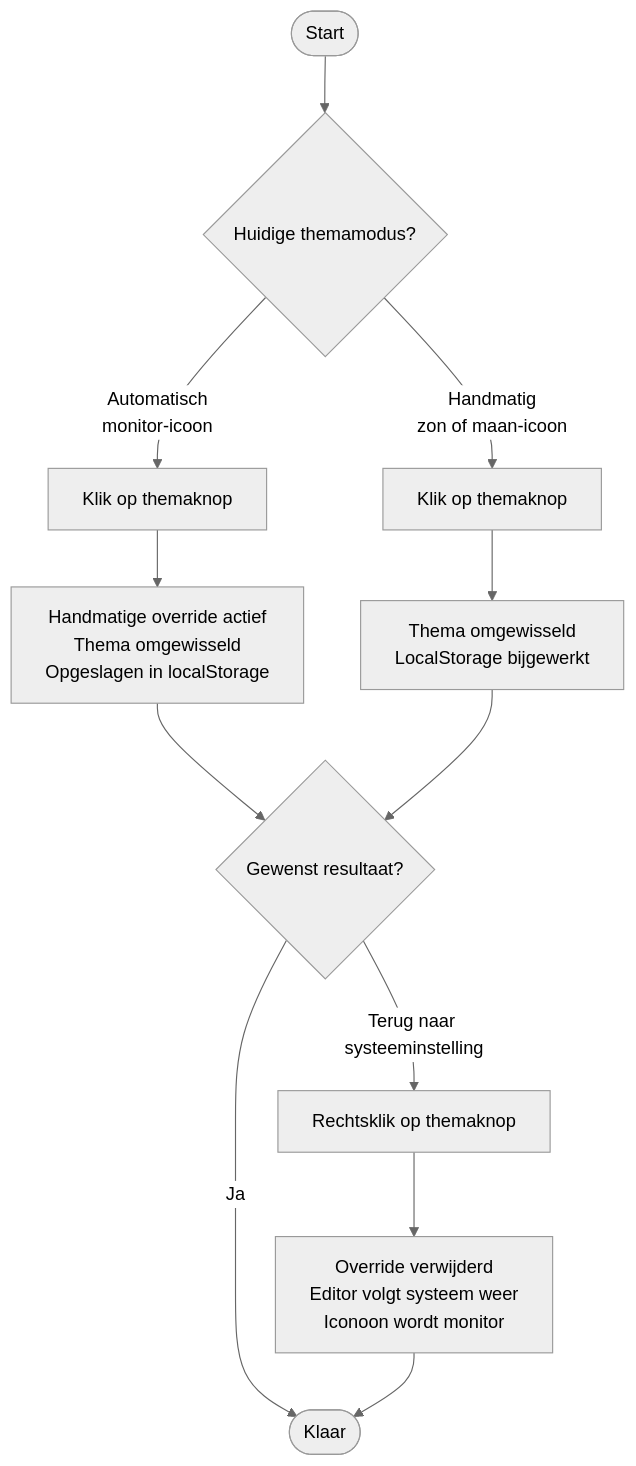
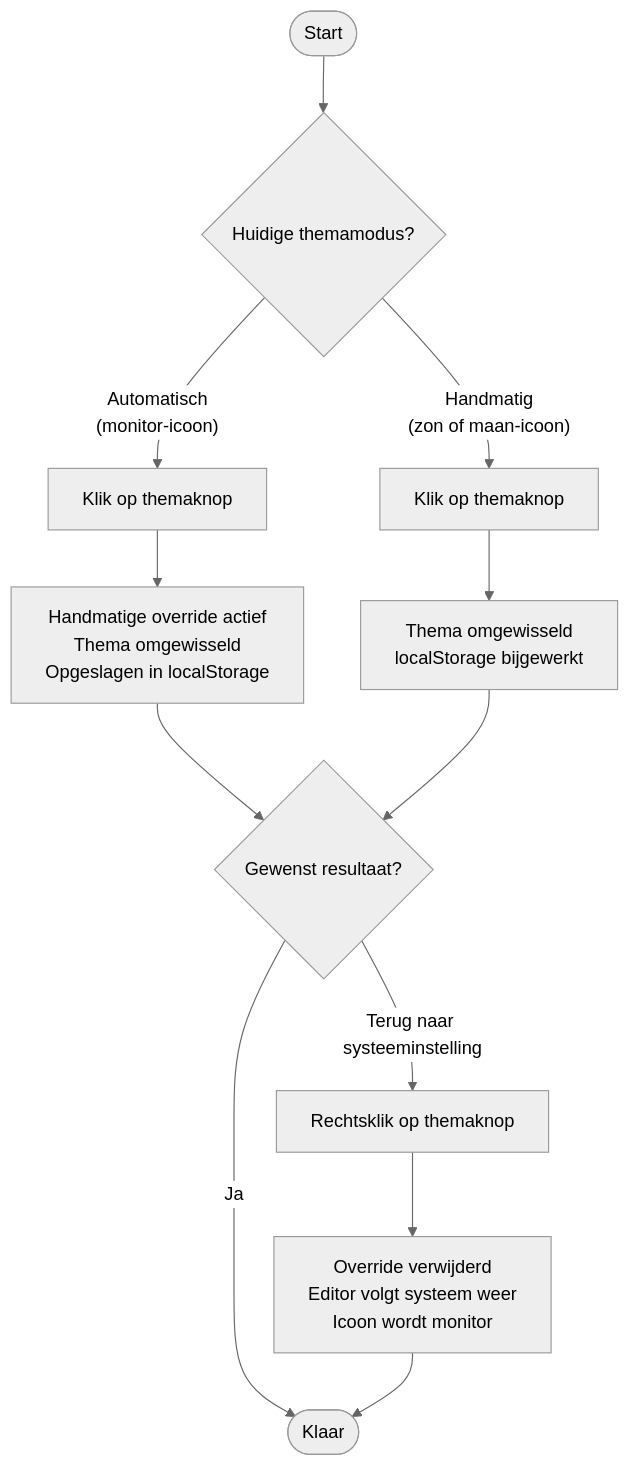
Diagram 12 of 14 in USERFLOWS.md (GRJX/mmd-flowchart), drawn with Mermaid (neutral theme) before and after one commit. The commit also changed other lines of this file and 1 other file, not shown here.

Commit message:
refactor: update flowchart syntax for clarity and consistency; enhance user flow descriptions

````diff
--- a/USERFLOWS.md
+++ b/USERFLOWS.md
@@ -237,16 +237,16 @@
 ```mermaid
 flowchart TD
     A([Start]) --> B{Huidige themamodus?}
 
-    B -- Automatisch\nmonitor-icoon --> C[Klik op themaknop]
-    C --> D[Handmatige override actief\nThema omgewisseld\nOpgeslagen in localStorage]
+    B -- "Automatisch<br>(monitor-icoon)" --> C[Klik op themaknop]
+    C --> D["Handmatige override actief<br>Thema omgewisseld<br>Opgeslagen in localStorage"]
     D --> E{Gewenst resultaat?}
     E -- Ja --> F([Klaar])
-    E -- Terug naar systeeminstelling --> G[Rechtsklik op themaknop]
-    G --> H[Override verwijderd\nEditor volgt systeem weer\nIconoon wordt monitor]
+    E -- "Terug naar systeeminstelling" --> G[Rechtsklik op themaknop]
+    G --> H["Override verwijderd<br>Editor volgt systeem weer<br>Icoon wordt monitor"]
     H --> F
 
-    B -- Handmatig\nzon of maan-icoon --> I[Klik op themaknop]
-    I --> J[Thema omgewisseld\nLocalStorage bijgewerkt]
+    B -- "Handmatig<br>(zon of maan-icoon)" --> I[Klik op themaknop]
+    I --> J["Thema omgewisseld<br>localStorage bijgewerkt"]
     J --> E
 ```
````
